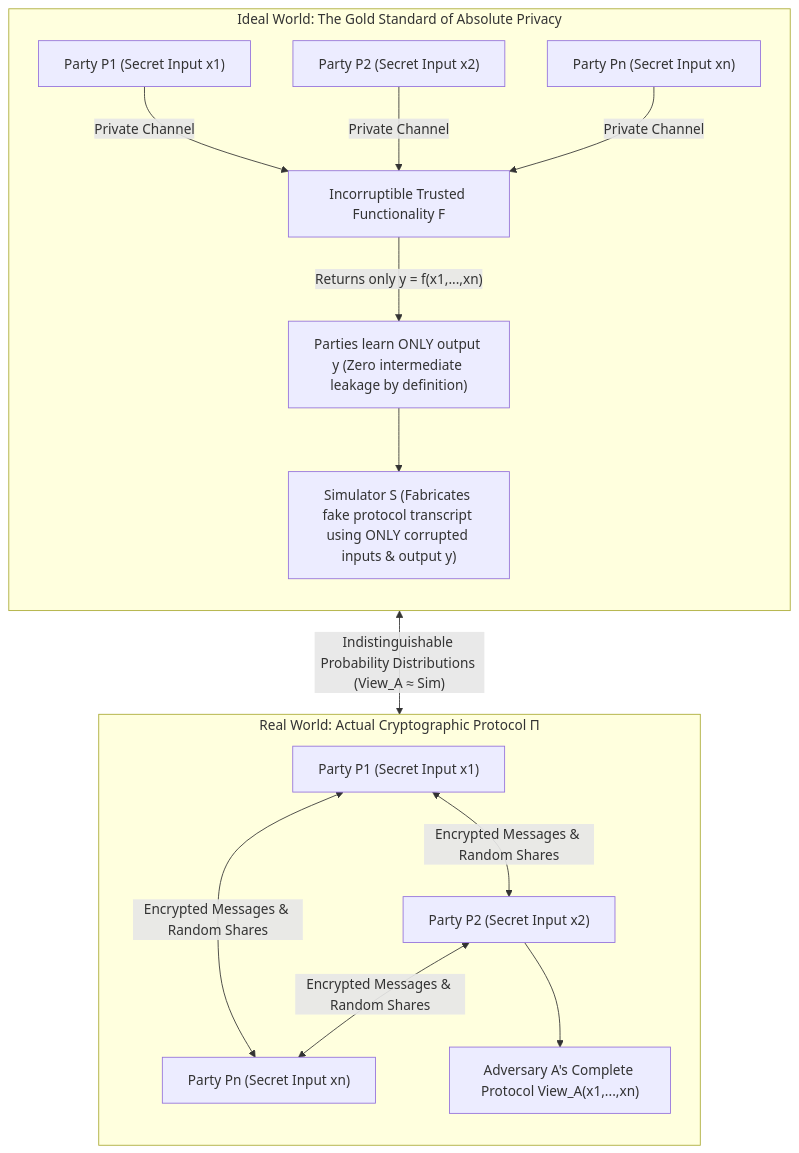
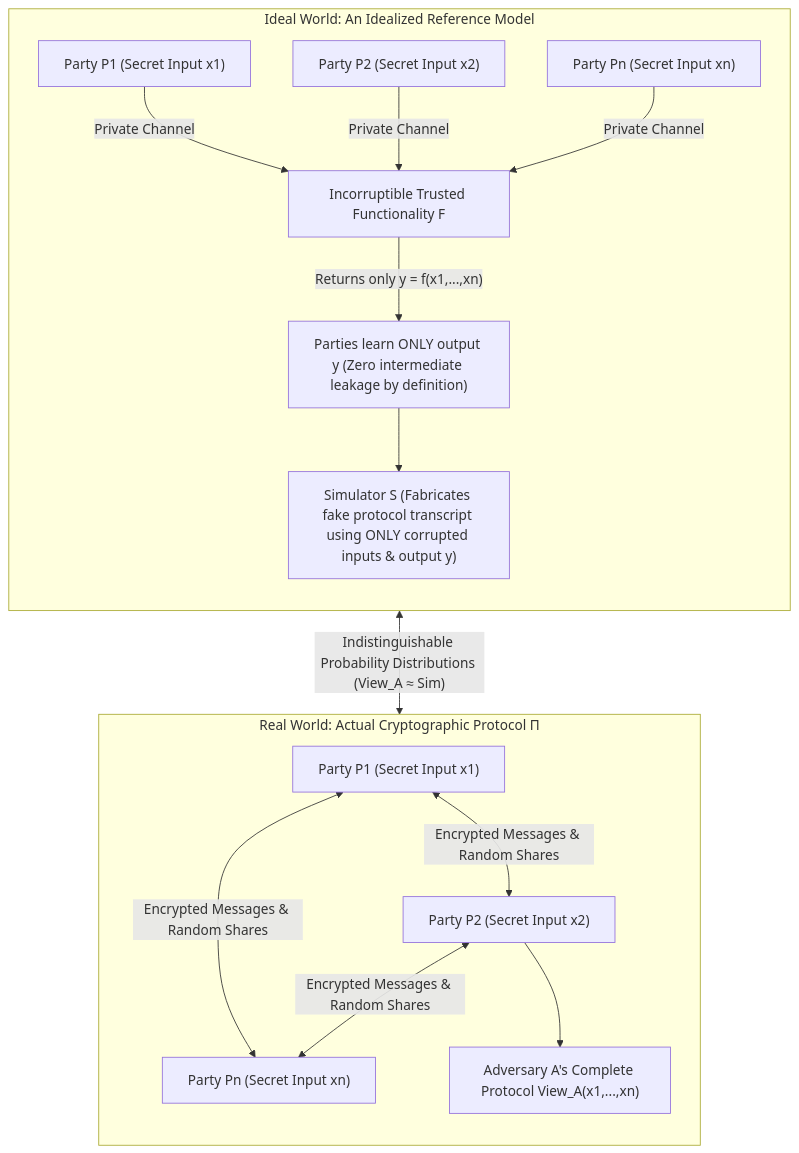
Before and after one commit to kenjinote/blog: the first of 3 diagrams in content/post/secure-multi-party-computation-mpc-yaos-millionaires-shamir-secret-sharing-garbled-circuits/index.en.md, drawn with Mermaid. The commit also changed other lines of this file and 20 other files, not shown here.

````diff
--- a/content/post/secure-multi-party-computation-mpc-yaos-millionaires-shamir-secret-sharing-garbled-circuits/index.en.md
+++ b/content/post/secure-multi-party-computation-mpc-yaos-millionaires-shamir-secret-sharing-garbled-circuits/index.en.md
@@ -100,21 +104,21 @@
 ```mermaid
 flowchart TD
-    subgraph IdealWorld["Ideal World: The Gold Standard of Absolute Privacy"]
+    subgraph IdealWorld["Ideal World: An Idealized Reference Model"]
         direction TB
         PA1["Party P1 (Secret Input x1)"] -->|"Private Channel"| TTP["Incorruptible Trusted Functionality F"]
         PA2["Party P2 (Secret Input x2)"] -->|"Private Channel"| TTP
         PAn["Party Pn (Secret Input xn)"] -->|"Private Channel"| TTP
         TTP -->|"Returns only y = f(x1,...,xn)"| Out1["Parties learn ONLY output y (Zero intermediate leakage by definition)"]
         Out1 --> Sim["Simulator S (Fabricates fake protocol transcript using ONLY corrupted inputs & output y)"]
     end
 
     subgraph RealWorld["Real World: Actual Cryptographic Protocol Π"]
         direction TB
         RB1["Party P1 (Secret Input x1)"] <-->|"Encrypted Messages & Random Shares"| RB2["Party P2 (Secret Input x2)"]
         RB2 <-->|"Encrypted Messages & Random Shares"| RBn["Party Pn (Secret Input xn)"]
         RB1 <-->|"Encrypted Messages & Random Shares"| RBn
         RB2 --> View["Adversary A's Complete Protocol View_A(x1,...,xn)"]
     end
 
     Sim <-->|"Indistinguishable Probability Distributions (View_A ≈ Sim)"| View
 ```
````
